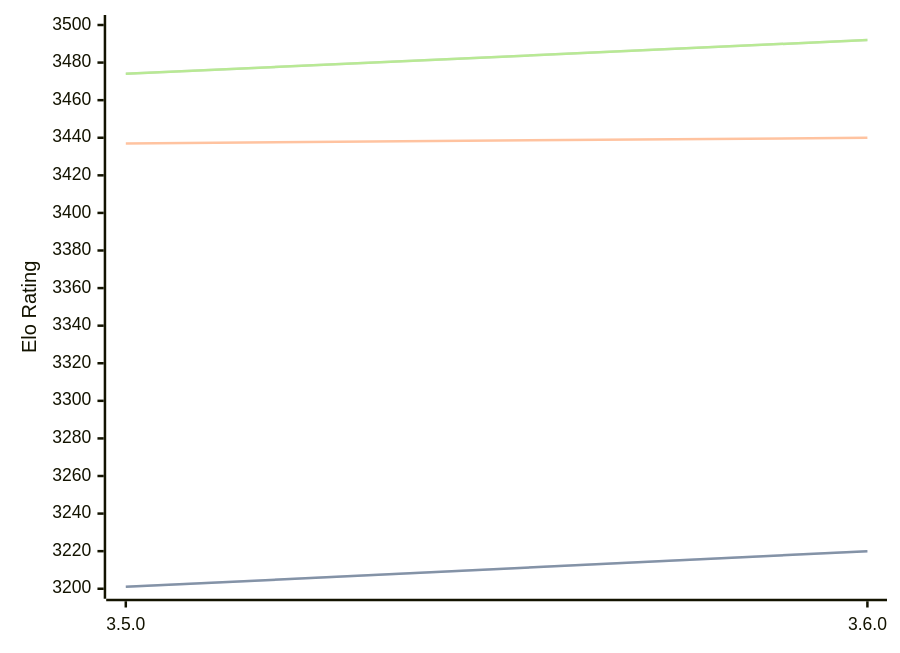
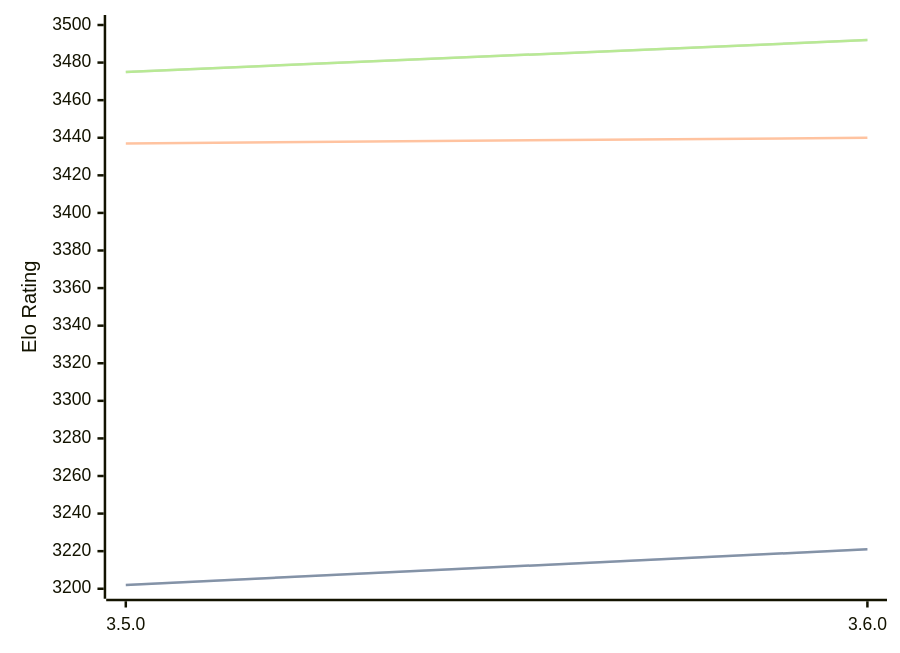
Before and after one commit to computer-chess-index/cci: the diagram in engines/Igel.md, drawn with Mermaid. The commit also changed other lines of this file, not shown here.

Commit message:
Update CCI Ratings (ELO VLTC) - 2026-02-18

````diff
--- a/engines/Igel.md
+++ b/engines/Igel.md
@@ -65,11 +65,11 @@
 ```mermaid
 %%{init: {"theme":"base","themeVariables":{"seriesColors:['#a3a3a3','#222221','#faa371']}}}%%
 xychart-beta
   x-axis ["3.5.0", "3.6.0"]
   y-axis "Elo Rating" 3200 --> 3500
-  line "STC (8.0+0.08s)" [3201, 3220]
-  line "STC (8.0+0.08s)" [3201, 3220]
+  line "STC (8.0+0.08s)" [3202, 3221]
+  line "STC (8.0+0.08s)" [3202, 3221]
   line "LTC (60.0+0.60s)" [3437, 3440]
-  line "VLTC (2m24s+1.12s)" [3474, 3492]
-  line "VLTC (2m24s+1.12s)" [3474, 3492]
+  line "VLTC (2m24s+1.12s)" [3475, 3492]
+  line "VLTC (2m24s+1.12s)" [3475, 3492]
 ```
````
